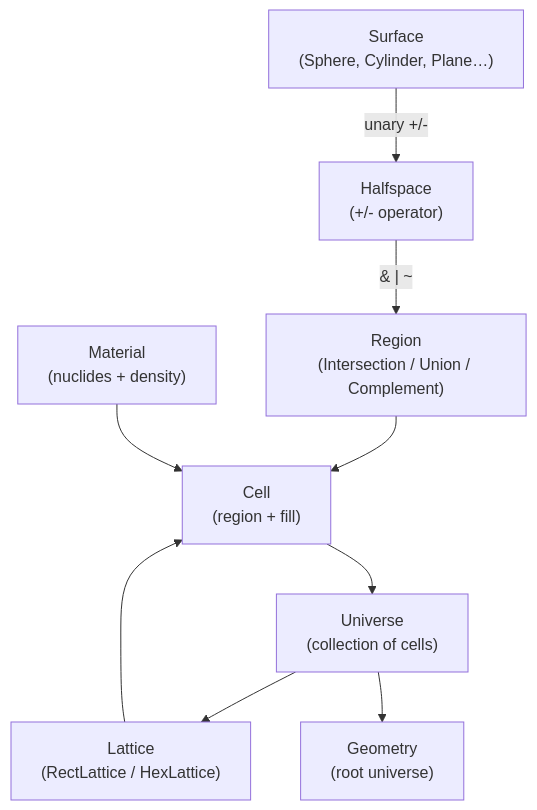
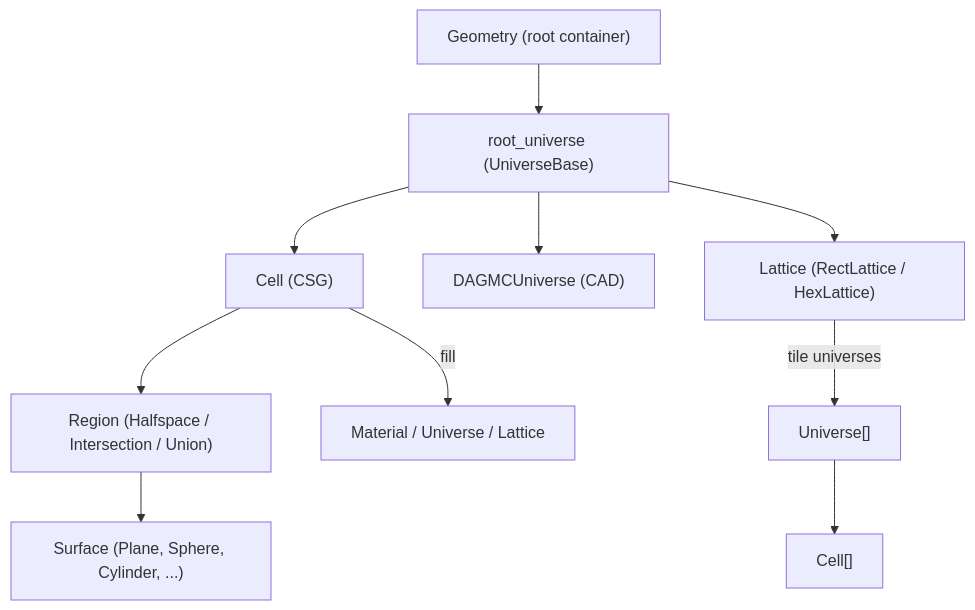
Before and after one commit to augment-solutions/deep-wikis: the third of 11 diagrams in src/content/wikis/openmc-dev-openmc/index.mdx, drawn with Mermaid. The commit also changed other lines of this file, not shown here.

````diff
--- a/src/content/wikis/openmc-dev-openmc/index.mdx
+++ b/src/content/wikis/openmc-dev-openmc/index.mdx
@@ -263,20 +271,12 @@
 ```mermaid
 flowchart TD
-    mat["Material\n(nuclides + density)"]
-    surf["Surface\n(Sphere, Cylinder, Plane…)"]
-    hs["Halfspace\n(+/- operator)"]
-    reg["Region\n(Intersection / Union / Complement)"]
-    cell["Cell\n(region + fill)"]
-    univ["Universe\n(collection of cells)"]
-    lat["Lattice\n(RectLattice / HexLattice)"]
-    geom["Geometry\n(root universe)"]
-
-    surf -->|"unary +/-"| hs
-    hs -->|"& | ~"| reg
-    reg --> cell
-    mat --> cell
-    cell --> univ
-    univ --> lat
-    lat --> cell
-    univ --> geom
+    G["Geometry (root container)"] --> RU["root_universe (UniverseBase)"]
+    RU --> C1["Cell (CSG)"]
+    RU --> DU["DAGMCUniverse (CAD)"]
+    RU --> L["Lattice (RectLattice / HexLattice)"]
+    C1 --> R["Region (Halfspace / Intersection / Union)"]
+    R --> S["Surface (Plane, Sphere, Cylinder, ...)"]
+    C1 -->|"fill"| M["Material / Universe / Lattice"]
+    L -->|"tile universes"| U2["Universe[]"]
+    U2 --> C2["Cell[]"]
 ```
````
